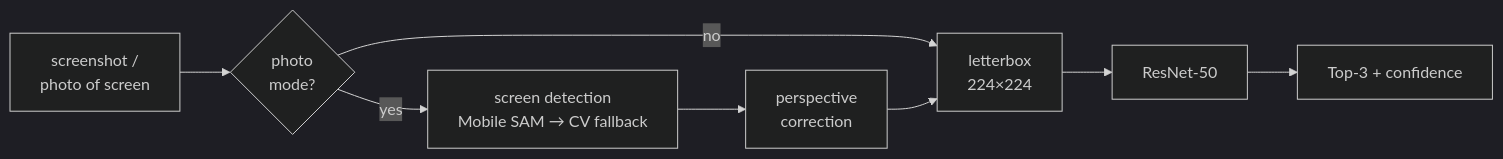
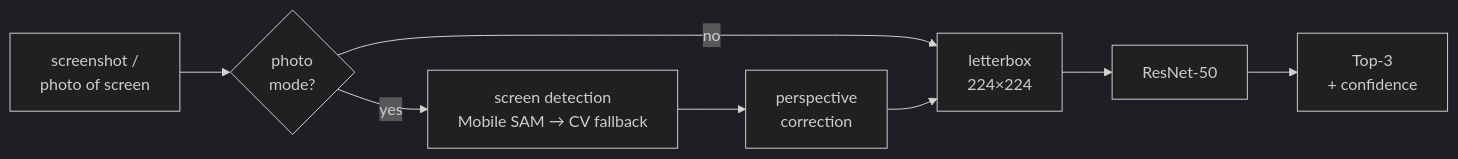
One commit to cassieliii-oss/Machine-Learning changed the third of 5 diagrams in README.md. Above: the diagram before and after it, drawn with Mermaid (dark theme). The commit also changed other lines of this file, not shown here.

````diff
--- a/README.md
+++ b/README.md
@@ -124,10 +223,10 @@
 ```mermaid
 flowchart LR
     A["screenshot /<br/>photo of screen"] --> B{"photo<br/>mode?"}
     B -->|yes| C["screen detection<br/>Mobile SAM → CV fallback"]
     C --> D["perspective<br/>correction"]
     B -->|no| E["letterbox<br/>224×224"]
     D --> E
     E --> F["ResNet-50"]
-    F --> G["Top-3 + confidence"]
+    F --> G["Top-3<br/>+ confidence"]
 ```
````
